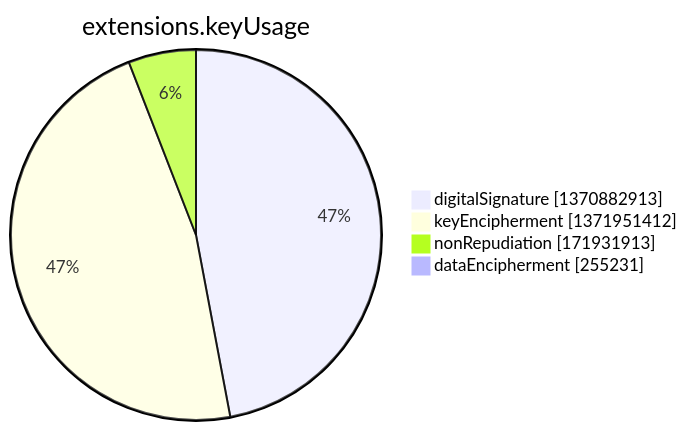
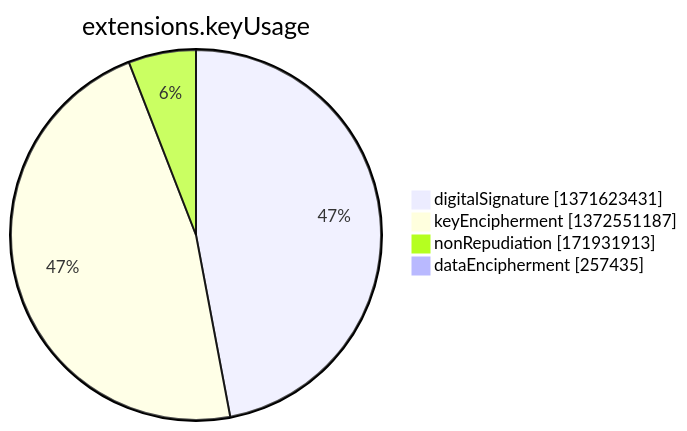
Before and after one commit to christiankrug/ctmonitor_visualization: the seventh of 15 diagrams in argon2022/README.md, drawn with Mermaid. The commit also changed other lines of this file, not shown here.

````diff
--- a/argon2022/README.md
+++ b/argon2022/README.md
@@ -2751,8 +2751,8 @@
 ```mermaid
 pie showData
 title extensions.keyUsage
-"digitalSignature" :1370882913
-"keyEncipherment" :1371951412
+"digitalSignature" :1371623431
+"keyEncipherment" :1372551187
 "nonRepudiation" :171931913
-"dataEncipherment" :255231
+"dataEncipherment" :257435
 ```
````
